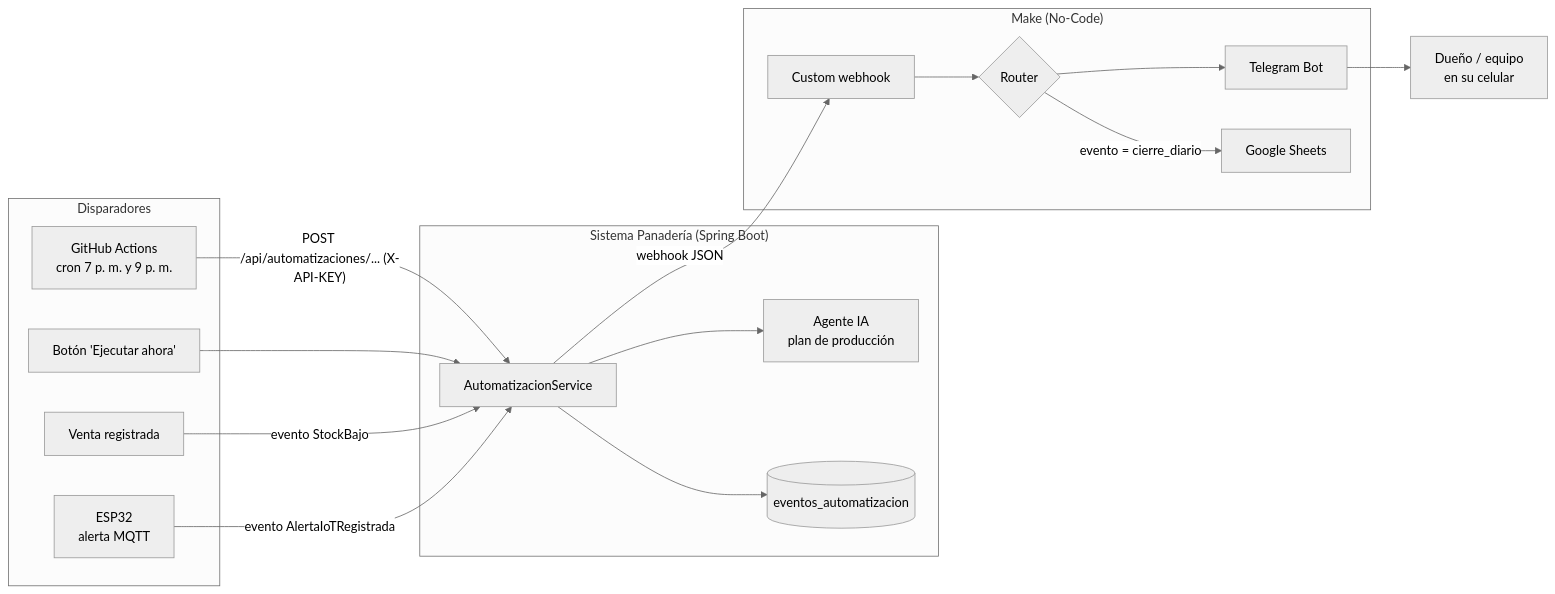
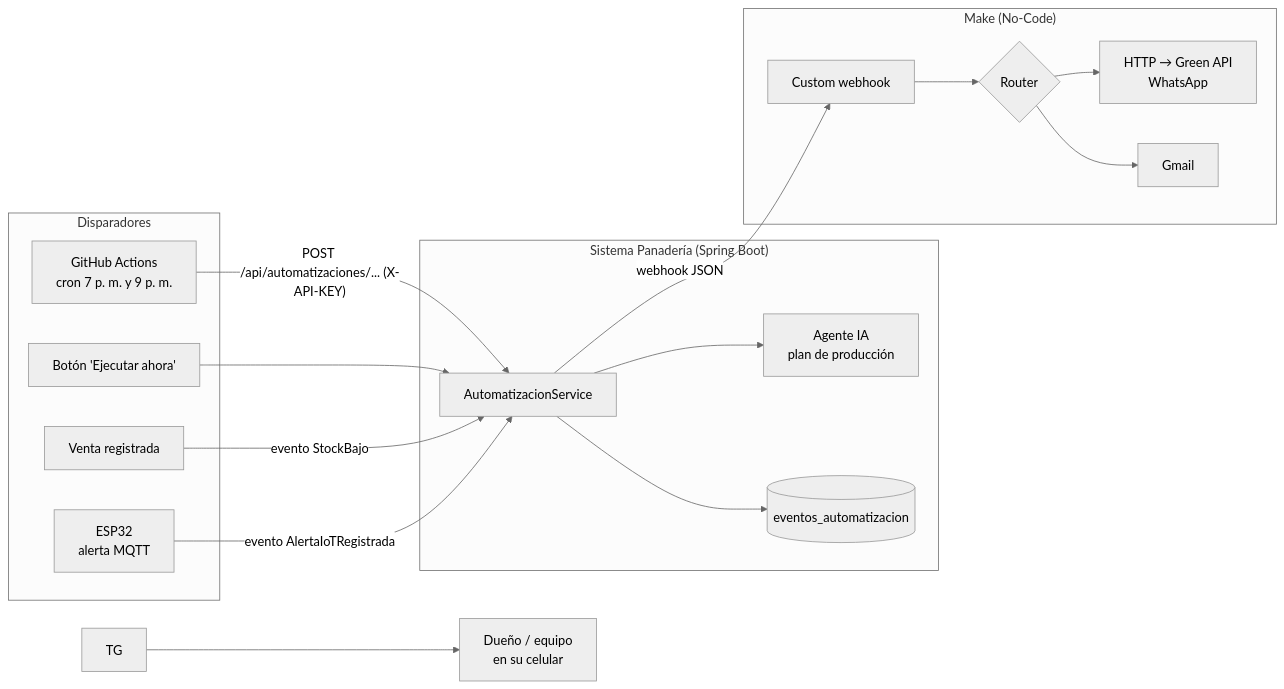
The first of 4 diagrams in docs/avance4/informe_avance4.md (Nva-15/sistema-panaderia-los-andes), drawn with Mermaid (neutral theme) before and after one commit. The commit also changed other lines of this file and 37 other files, not shown here.

````diff
--- a/docs/avance4/informe_avance4.md
+++ b/docs/avance4/informe_avance4.md
@@ -35,30 +35,30 @@
 ```mermaid
 flowchart LR
     subgraph Disparadores
         GA[GitHub Actions<br/>cron 7 p. m. y 9 p. m.]
         V[Venta registrada]
         E[ESP32<br/>alerta MQTT]
         B[Botón 'Ejecutar ahora']
     end
 
     subgraph Sistema["Sistema Panadería (Spring Boot)"]
         AS[AutomatizacionService]
         IA[Agente IA<br/>plan de producción]
         LOG[(eventos_automatizacion)]
     end
 
     subgraph Make["Make (No-Code)"]
         WH[Custom webhook] --> R{Router}
-        R --> TG[Telegram Bot]
-        R -- evento = cierre_diario --> GS[Google Sheets]
+        R --> WA[HTTP → Green API<br/>WhatsApp]
+        R --> GM[Gmail]
     end
 
     GA -- "POST /api/automatizaciones/... (X-API-KEY)" --> AS
     B --> AS
     V -- evento StockBajo --> AS
     E -- evento AlertaIoTRegistrada --> AS
     AS --> IA
     AS --> LOG
     AS -- "webhook JSON" --> WH
     TG --> D[Dueño / equipo<br/>en su celular]
 ```
````
